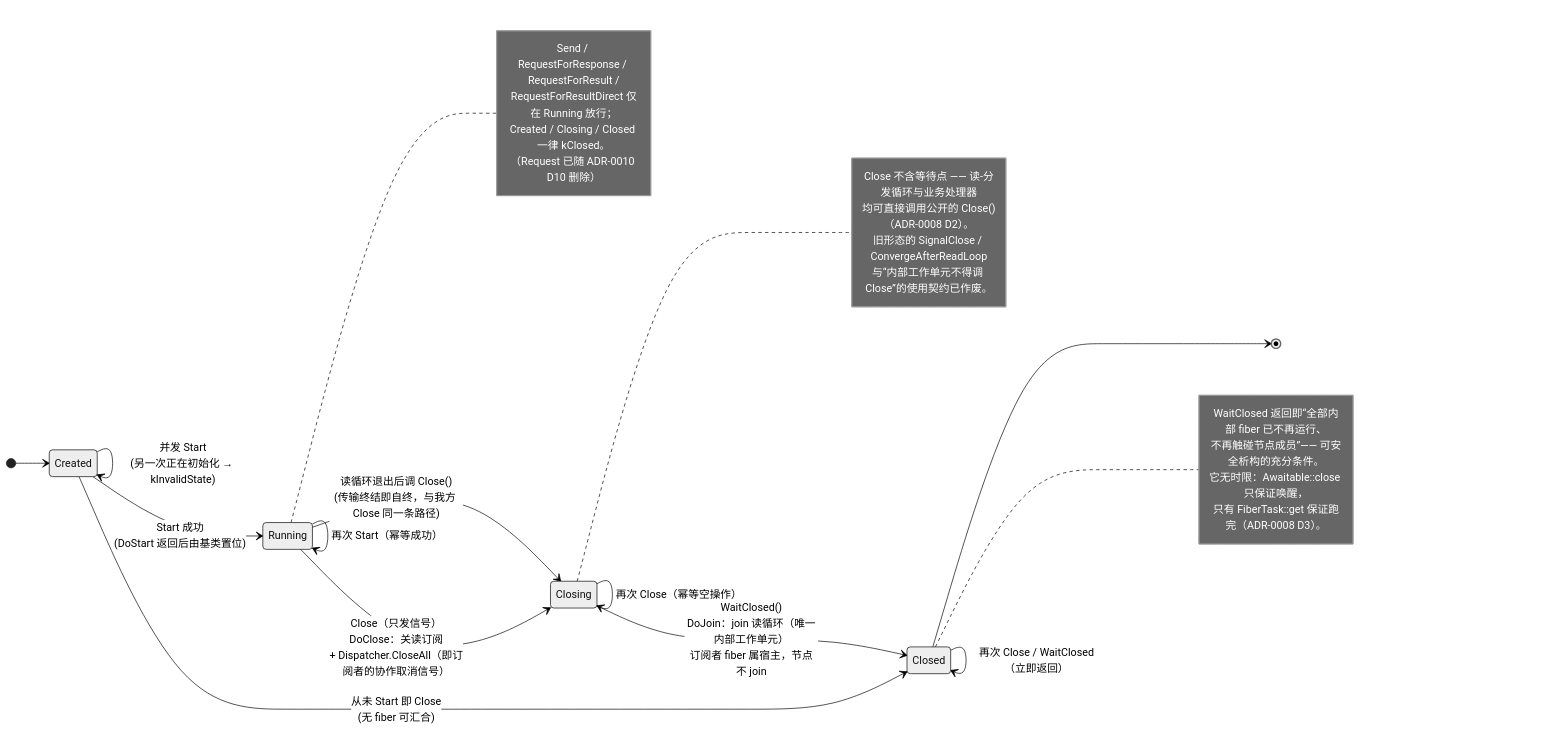
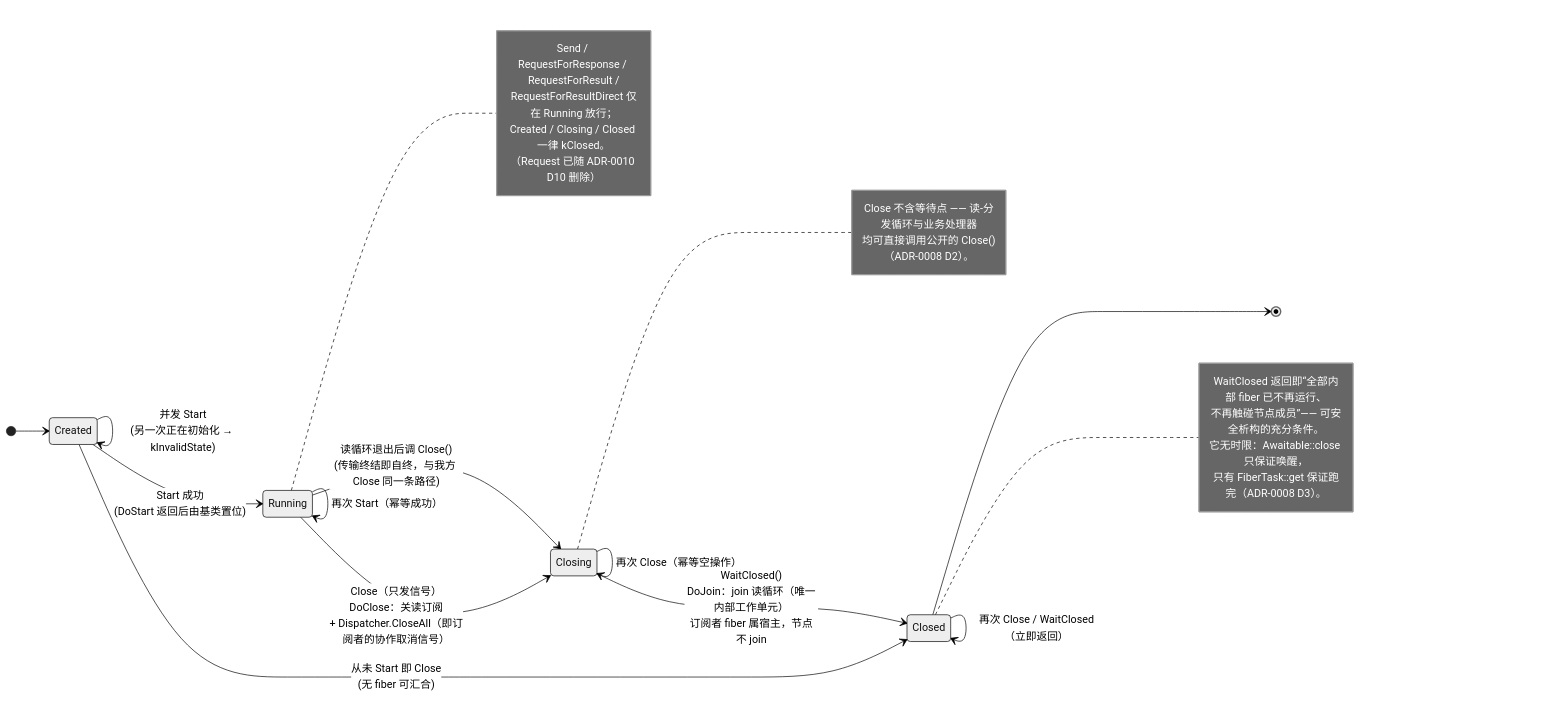
The diagram in docs/diagrams/state-node-lifecycle.mmd (Ste7an-cs/Transport), drawn with Mermaid (neutral theme) before and after one commit. The commit also changed 13 other files, not shown here.

First line of the commit message:
docs(图): 七张图清除历史标注与已删组件,图 4-1 起

```diff
--- a/docs/diagrams/state-node-lifecycle.mmd
+++ b/docs/diagrams/state-node-lifecycle.mmd
@@ -1,39 +1,37 @@
 stateDiagram-v2
     direction LR
     [*] --> Created
 
     Created --> Created: DoStart 返错<br/>(可改配后重试；ProtocolNode 自 #173 起<br/>配置面已无校验项，见 SDD §5.4)
     Created --> Created: 并发 Start<br/>(另一次正在初始化 → kInvalidState)
     Created --> Running: Start 成功<br/>(DoStart 返回后由基类置位)
     Created --> Closed: 从未 Start 即 Close<br/>(无 fiber 可汇合)
 
     Running --> Running: 再次 Start（幂等成功）
     Running --> Closing: Close（只发信号）<br/>DoClose：关读订阅<br/>+ Dispatcher.CloseAll（即订阅者的协作取消信号）
     Running --> Closing: 读循环退出后调 Close()<br/>(传输终结即自终，与我方 Close 同一条路径)
 
     Closing --> Closing: 再次 Close（幂等空操作）
     Closing --> Closed: WaitClosed()<br/>DoJoin：join 读循环（唯一内部工作单元）<br/>订阅者 fiber 属宿主，节点不 join
 
     Closed --> Closed: 再次 Close / WaitClosed（立即返回）
     Closed --> [*]
 
     note right of Closing
         Close 不含等待点 —— 读-分发循环与业务处理器
         均可直接调用公开的 Close()（ADR-0008 D2）。
-        旧形态的 SignalClose / ConvergeAfterReadLoop
-        与“内部工作单元不得调 Close”的使用契约已作废。
     end note
 
     note right of Closed
         WaitClosed 返回即“全部内部 fiber 已不再运行、
         不再触碰节点成员”—— 可安全析构的充分条件。
         它无时限：Awaitable::close 只保证唤醒，
         只有 FiberTask::get 保证跑完（ADR-0008 D3）。
     end note
 
     note right of Running
         Send / RequestForResponse / RequestForResult /
         RequestForResultDirect 仅在 Running 放行；
         Created / Closing / Closed 一律 kClosed。
         （Request 已随 ADR-0010 D10 删除）
     end note
```
